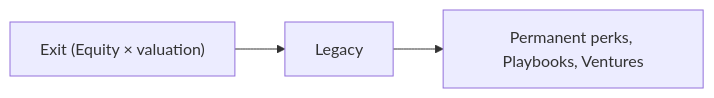
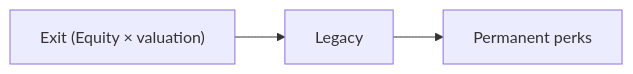
The sixth of 6 diagrams in apps/wiki/content/design/09-economy.md (FrancoManfredi/quorum), drawn with Mermaid before and after one commit. The commit also changed 22 other files, not shown here.

````diff
--- a/apps/wiki/content/design/09-economy.md
+++ b/apps/wiki/content/design/09-economy.md
@@ -326,4 +326,4 @@
 ```mermaid
 flowchart LR
-  exit["Exit (Equity × valuation)"] --> legacy[Legacy] --> perks["Permanent perks, Playbooks, Ventures"]
+  exit["Exit (Equity × valuation)"] --> legacy[Legacy] --> perks["Permanent perks"]
 ```
````
